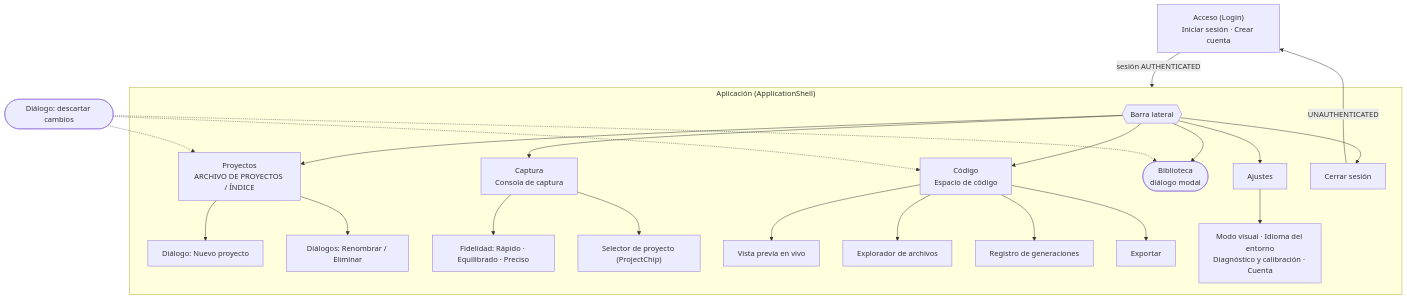
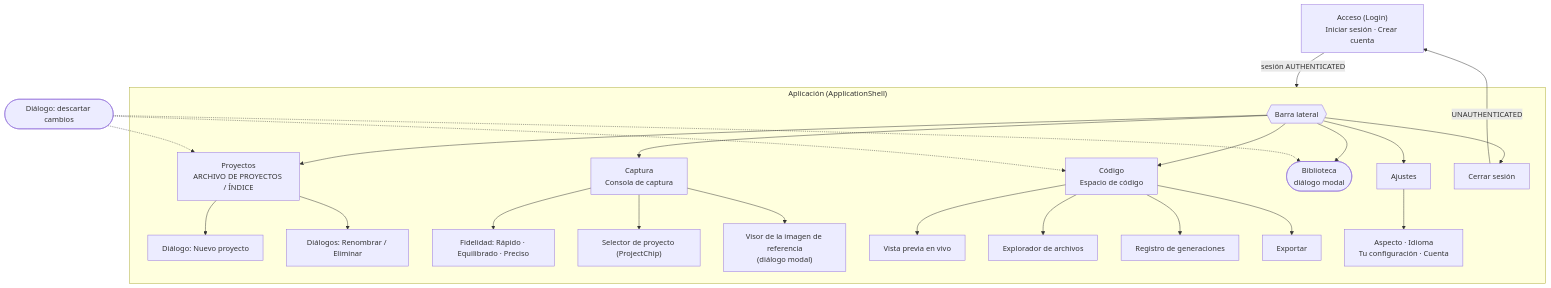
The first of 3 diagrams in docs/information-architecture-and-design-system.md (AlePython-byte/vision2code), drawn with Mermaid before and after one commit. The commit also changed other lines of this file, not shown here.

````diff
--- a/docs/information-architecture-and-design-system.md
+++ b/docs/information-architecture-and-design-system.md
@@ -23,26 +23,27 @@
 ```mermaid
 flowchart TD
     L["Acceso (Login)<br/>Iniciar sesión · Crear cuenta"] -->|"sesión AUTHENTICATED"| S
     subgraph S["Aplicación (ApplicationShell)"]
         R{{"Barra lateral"}}
         R --> P["Proyectos<br/>ARCHIVO DE PROYECTOS / ÍNDICE"]
         R --> C["Captura<br/>Consola de captura"]
         R --> E["Código<br/>Espacio de código"]
         R --> B(["Biblioteca<br/>diálogo modal"])
         R --> A["Ajustes"]
         R --> X["Cerrar sesión"]
         P --> PN["Diálogo: Nuevo proyecto"]
         P --> PM["Diálogos: Renombrar / Eliminar"]
         C --> CF["Fidelidad: Rápido · Equilibrado · Preciso"]
         C --> CP["Selector de proyecto (ProjectChip)"]
+        C --> CV["Visor de la imagen de referencia<br/>(diálogo modal)"]
         E --> EV["Vista previa en vivo"]
         E --> EF["Explorador de archivos"]
         E --> EH["Registro de generaciones"]
         E --> EX["Exportar"]
-        A --> AA["Modo visual · Idioma del entorno<br/>Diagnóstico y calibración · Cuenta"]
+        A --> AA["Aspecto · Idioma<br/>Tu configuración · Cuenta"]
     end
     X -->|"UNAUTHENTICATED"| L
     D(["Diálogo: descartar cambios"]) -.-> P
     D -.-> B
     D -.-> E
 ```
````
